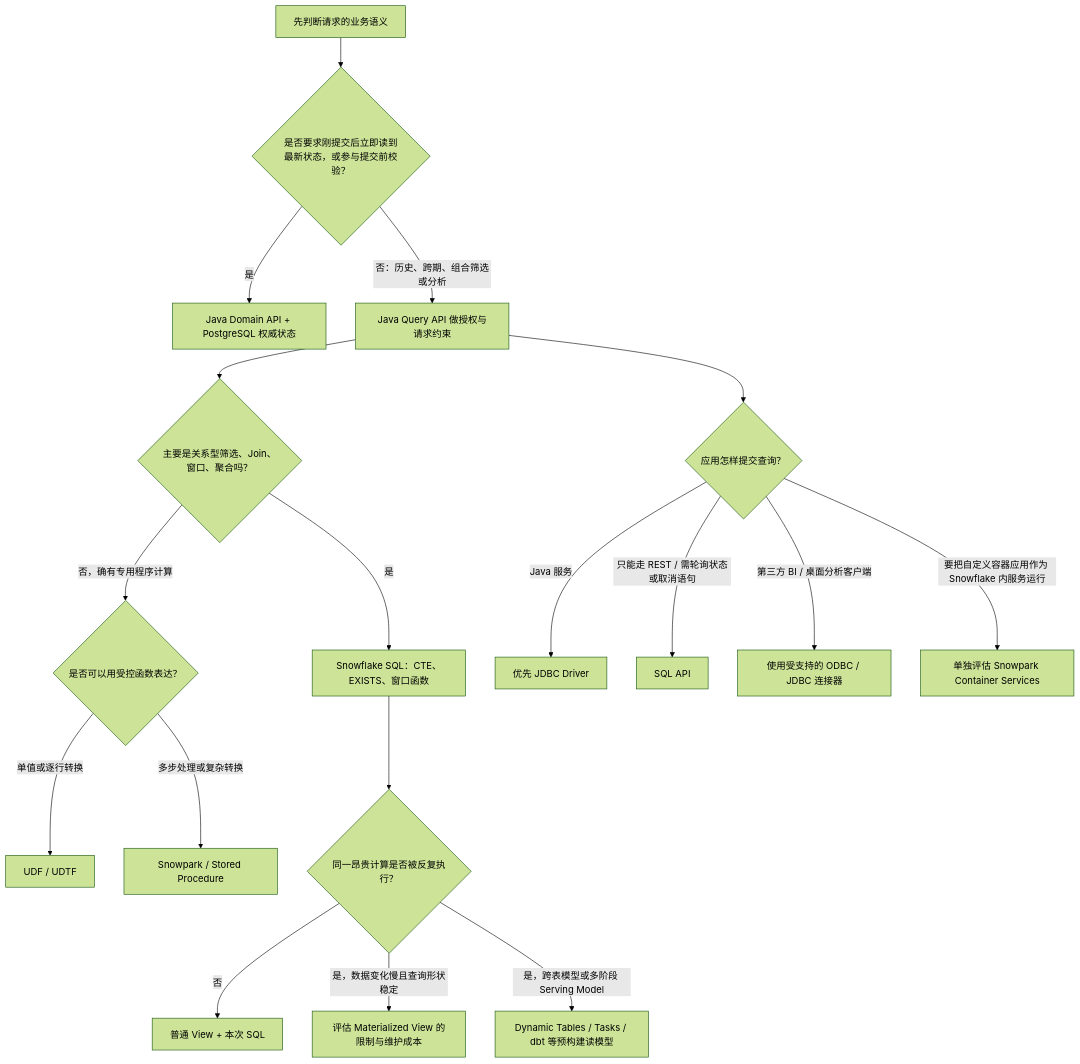
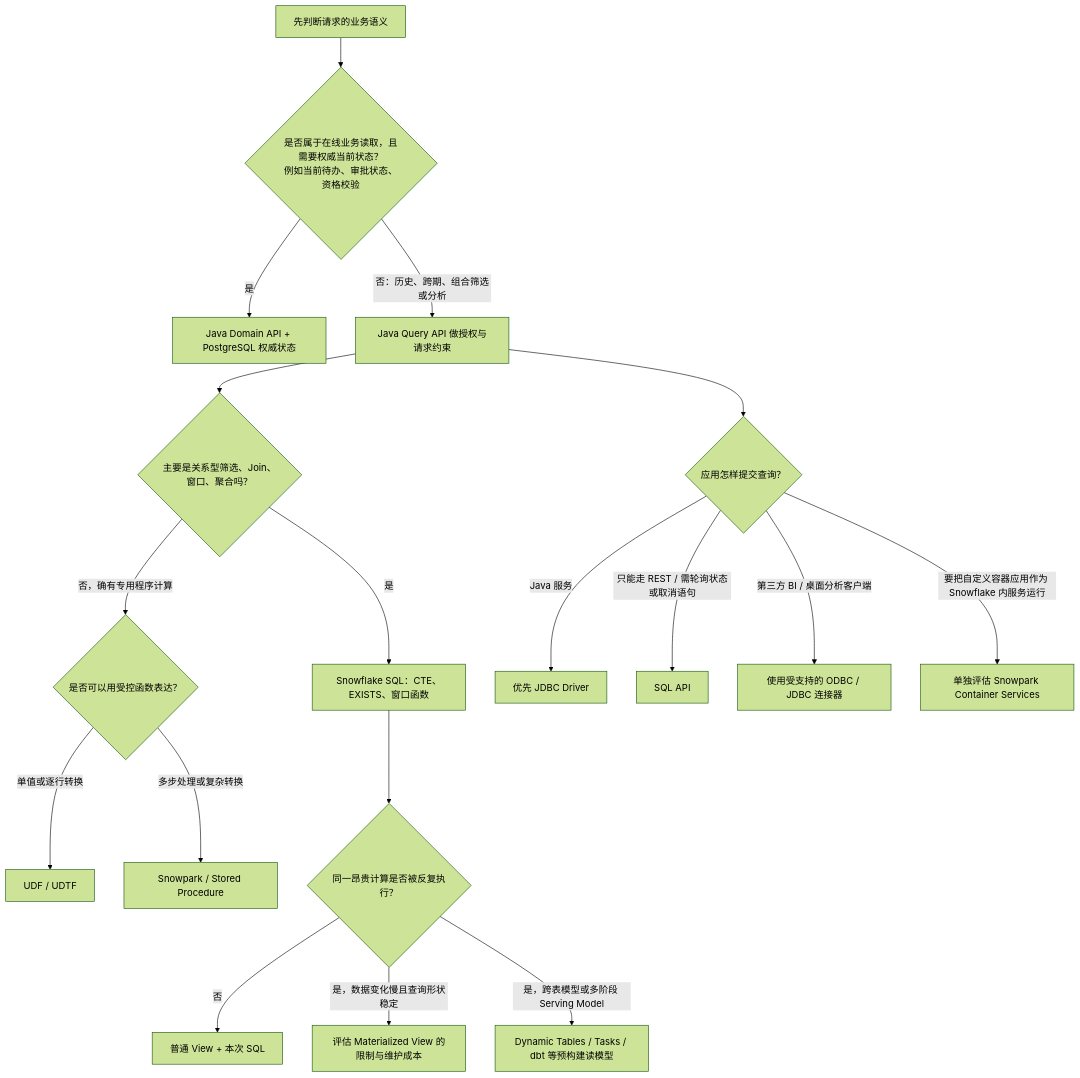
Before and after one commit to devweekly/devweekly.github.io: diagram 12 of 18 in src/content/blog/financial-services-cqrs-postgres-snowflake.md, drawn with Mermaid (forest theme). The commit also changed other lines of this file, not shown here.

Commit message:
Correct data-flow arrows in Mermaid reference diagrams

```diff
--- a/src/content/blog/financial-services-cqrs-postgres-snowflake.md
+++ b/src/content/blog/financial-services-cqrs-postgres-snowflake.md
@@ -497,20 +497,20 @@
 ~~~mermaid
 flowchart TD
-    A["先判断请求的业务语义"] --> B{"是否要求刚提交后立即读到最新状态，或参与提交前校验？"}
+    A["先判断请求的业务语义"] --> B{"是否属于在线业务读取，且需要权威当前状态？<br/>例如当前待办、审批状态、资格校验"}
     B -- "是" --> C["Java Domain API + PostgreSQL 权威状态"]
     B -- "否：历史、跨期、组合筛选或分析" --> D["Java Query API 做授权与请求约束"]
     D --> E{"主要是关系型筛选、Join、窗口、聚合吗？"}
     E -- "是" --> F["Snowflake SQL：CTE、EXISTS、窗口函数"]
     E -- "否，确有专用程序计算" --> G{"是否可以用受控函数表达？"}
     G -- "单值或逐行转换" --> H["UDF / UDTF"]
     G -- "多步处理或复杂转换" --> I["Snowpark / Stored Procedure"]
     F --> J{"同一昂贵计算是否被反复执行？"}
     J -- "否" --> K["普通 View + 本次 SQL"]
     J -- "是，数据变化慢且查询形状稳定" --> L["评估 Materialized View 的限制与维护成本"]
     J -- "是，跨表模型或多阶段 Serving Model" --> M["Dynamic Tables / Tasks / dbt 等预构建读模型"]
     D --> N{"应用怎样提交查询？"}
     N -- "Java 服务" --> O["优先 JDBC Driver"]
     N -- "只能走 REST / 需轮询状态或取消语句" --> P["SQL API"]
     N -- "第三方 BI / 桌面分析客户端" --> Q["使用受支持的 ODBC / JDBC 连接器"]
     N -- "要把自定义容器应用作为 Snowflake 内服务运行" --> R["单独评估 Snowpark Container Services"]
 ~~~
```
